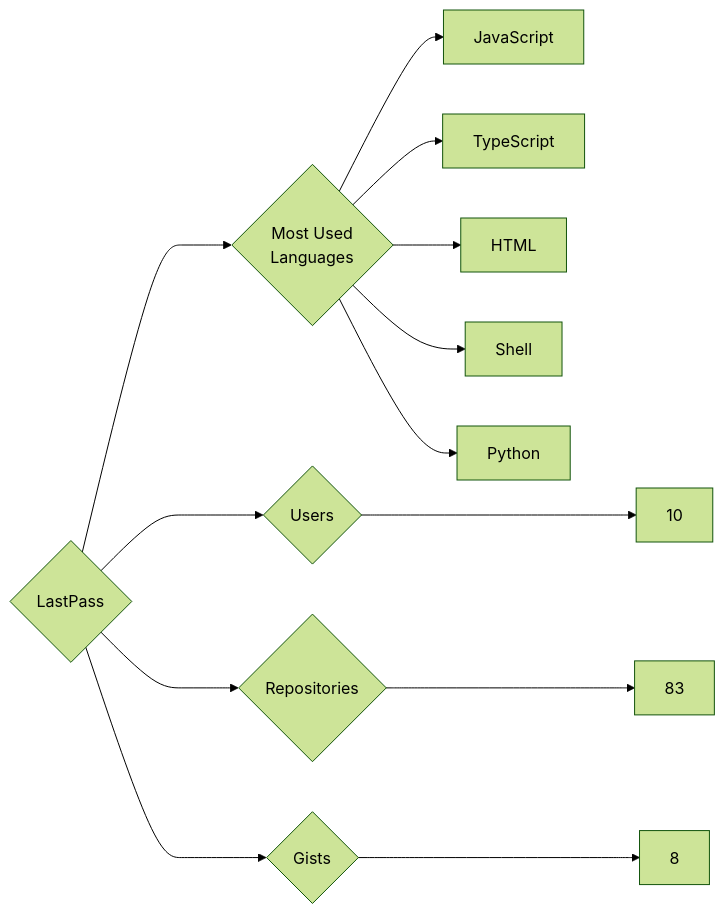
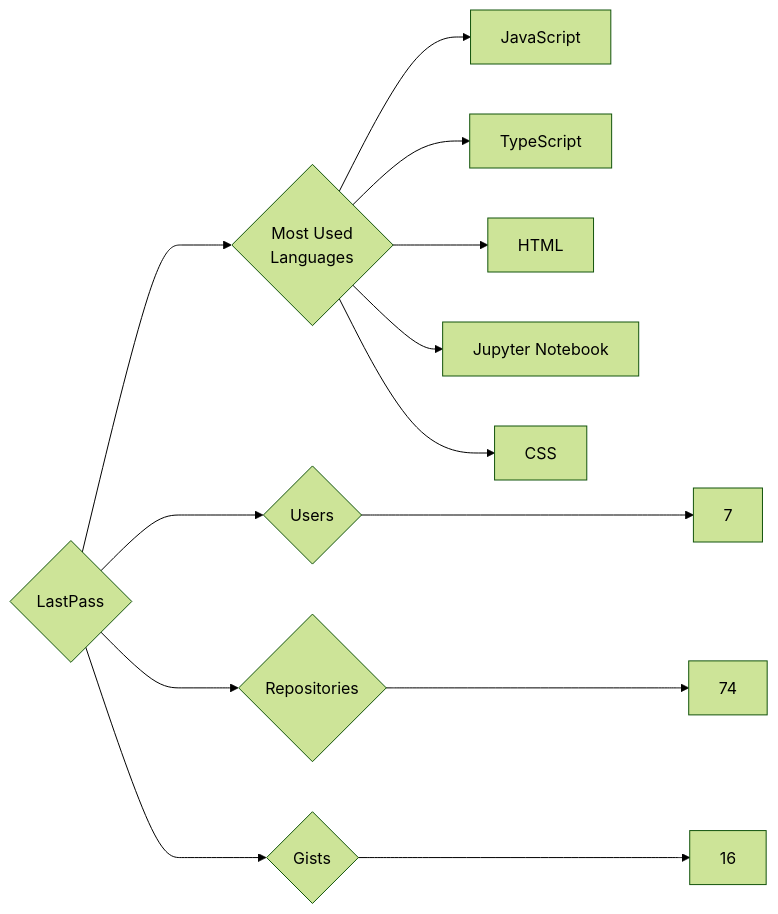
One commit to trickest/insiders changed the diagram in targets/LastPass/README.md. Above: the diagram before and after it, drawn with Mermaid (forest theme). The commit also changed 699 other files, not shown here.

````diff
--- a/targets/LastPass/README.md
+++ b/targets/LastPass/README.md
@@ -3,13 +3,13 @@
 ```mermaid
 graph LR
 COMPANY_NAME{LastPass}
-COMPANY_NAME ---> U{Users} ---> UN[10]
-COMPANY_NAME ---> R{Repositories} ---> RN[83]
-COMPANY_NAME ---> G{Gists} ---> GN[8]
+COMPANY_NAME ---> U{Users} ---> UN[7]
+COMPANY_NAME ---> R{Repositories} ---> RN[74]
+COMPANY_NAME ---> G{Gists} ---> GN[16]
 COMPANY_NAME ---> ML{Most Used<br>Languages}
 ML --> JavaScript[JavaScript]
 ML --> TypeScript[TypeScript]
 ML --> HTML[HTML]
-ML --> Shell[Shell]
-ML --> Python[Python]
+ML --> Jupyter_Notebook[Jupyter Notebook]
+ML --> CSS[CSS]
 ```
````
